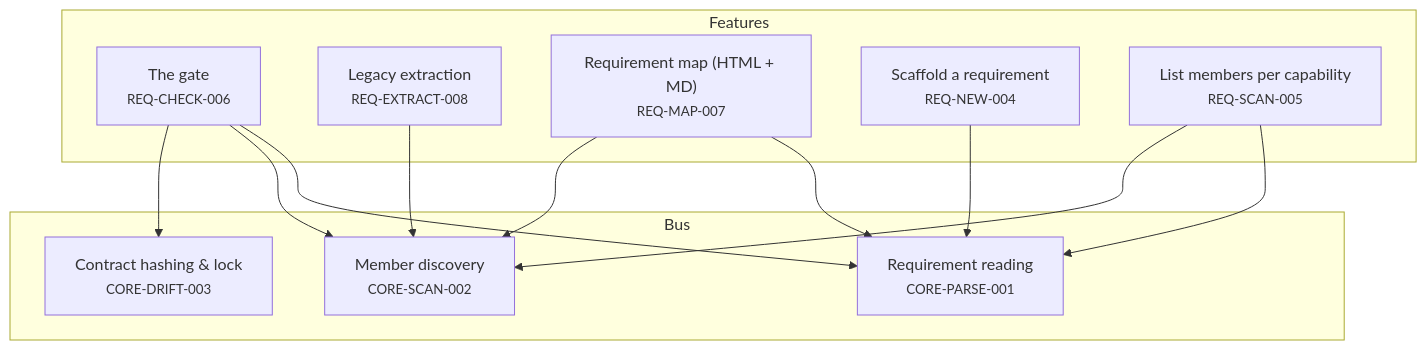
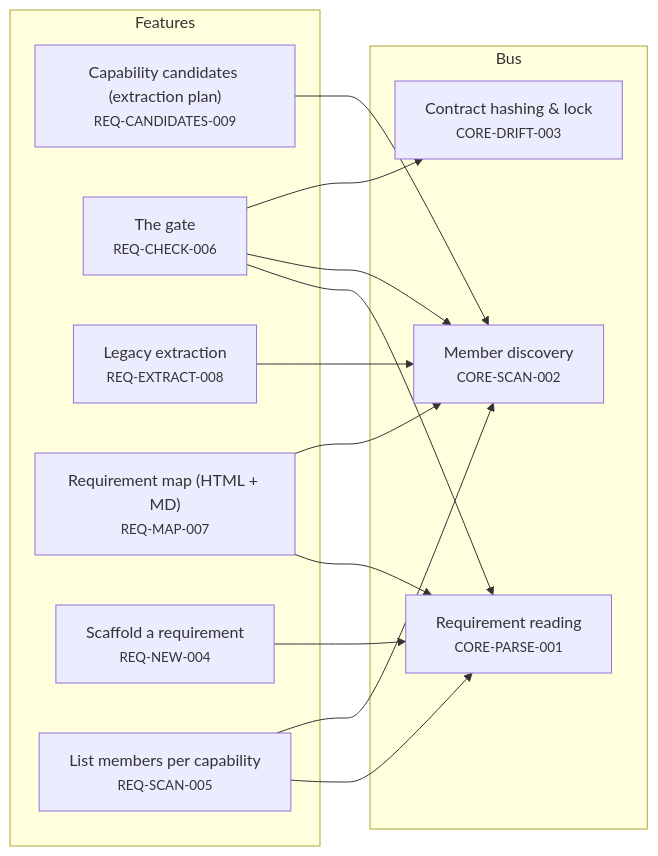
The first of 5 diagrams in plugin/requirements/_map.md (alxmax/Requirement-manager), drawn with Mermaid before and after one commit. The commit also changed other lines of this file and 2 other files, not shown here.

````diff
--- a/plugin/requirements/_map.md
+++ b/plugin/requirements/_map.md
@@ -11,24 +11,26 @@
 ```mermaid
-graph TD
+graph LR
   subgraph Features
+    REQ_CANDIDATES_009["Capability candidates (extraction plan)<br><small>REQ-CANDIDATES-009</small>"]
     REQ_CHECK_006["The gate<br><small>REQ-CHECK-006</small>"]
     REQ_EXTRACT_008["Legacy extraction<br><small>REQ-EXTRACT-008</small>"]
     REQ_MAP_007["Requirement map (HTML + MD)<br><small>REQ-MAP-007</small>"]
     REQ_NEW_004["Scaffold a requirement<br><small>REQ-NEW-004</small>"]
     REQ_SCAN_005["List members per capability<br><small>REQ-SCAN-005</small>"]
   end
   subgraph Bus
     CORE_DRIFT_003["Contract hashing & lock<br><small>CORE-DRIFT-003</small>"]
     CORE_PARSE_001["Requirement reading<br><small>CORE-PARSE-001</small>"]
     CORE_SCAN_002["Member discovery<br><small>CORE-SCAN-002</small>"]
   end
+  REQ_CANDIDATES_009 --> CORE_SCAN_002
   REQ_CHECK_006 --> CORE_PARSE_001
   REQ_CHECK_006 --> CORE_SCAN_002
   REQ_CHECK_006 --> CORE_DRIFT_003
   REQ_EXTRACT_008 --> CORE_SCAN_002
   REQ_MAP_007 --> CORE_PARSE_001
   REQ_MAP_007 --> CORE_SCAN_002
   REQ_NEW_004 --> CORE_PARSE_001
   REQ_SCAN_005 --> CORE_PARSE_001
   REQ_SCAN_005 --> CORE_SCAN_002
 ```
````
